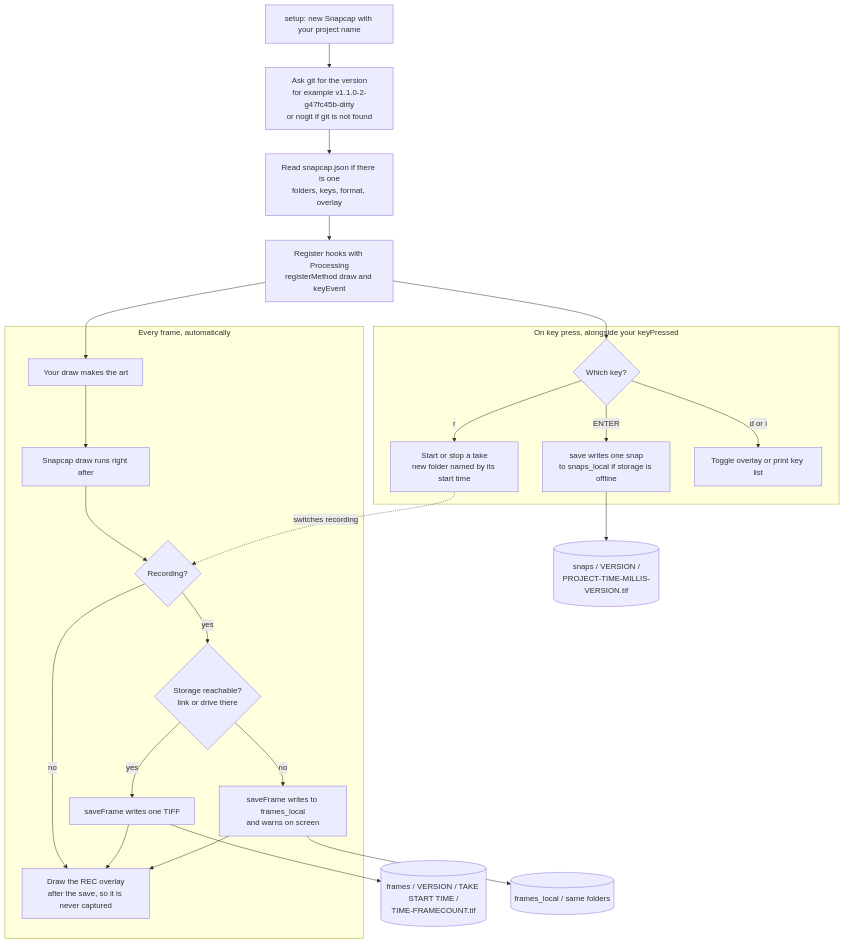
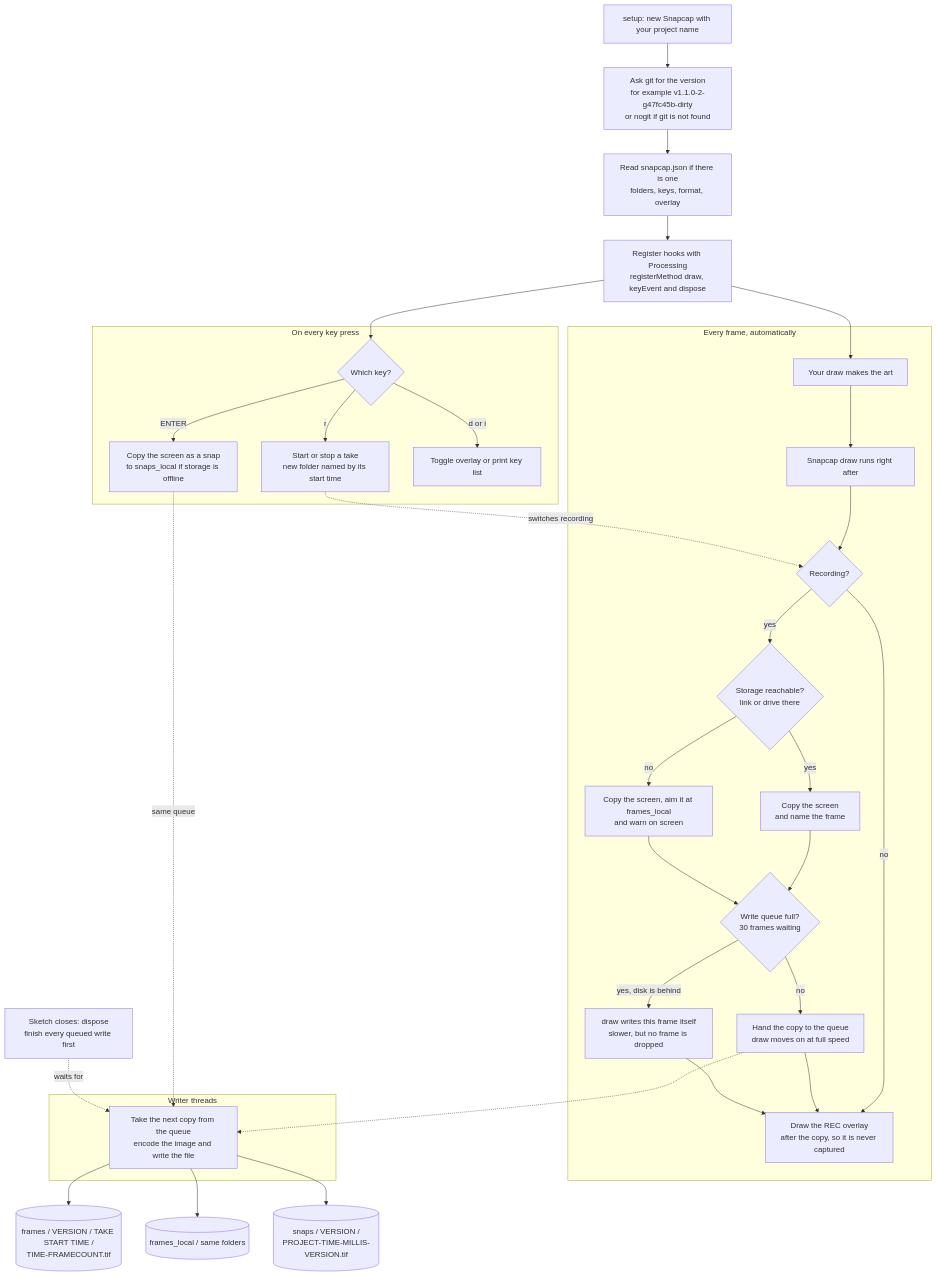
The diagram in docs/diagrams/how-it-works.mmd (jaycody/snapcap), drawn with Mermaid before and after one commit. The commit also changed 1 other file, not shown here.

Commit message:
Update how-it-works diagram for background frame writing
Frames and snaps are now copied in draw() and written by writer
threads, with draw() writing a frame itself only when the queue is
full, and dispose() finishing queued writes on exit.

```diff
--- a/docs/diagrams/how-it-works.mmd
+++ b/docs/diagrams/how-it-works.mmd
@@ -1,30 +1,43 @@
 flowchart TD
     A["setup: new Snapcap with your project name"] --> G["Ask git for the version<br/>for example v1.1.0-2-g47fc45b-dirty<br/>or nogit if git is not found"]
     G --> CF["Read snapcap.json if there is one<br/>folders, keys, format, overlay"]
-    CF --> R["Register hooks with Processing<br/>registerMethod draw and keyEvent"]
+    CF --> R["Register hooks with Processing<br/>registerMethod draw, keyEvent and dispose"]
 
     subgraph EVERY ["Every frame, automatically"]
         D1["Your draw makes the art"] --> D2["Snapcap draw runs right after"]
         D2 --> Q{"Recording?"}
         Q -->|yes| ST{"Storage reachable?<br/>link or drive there"}
-        ST -->|yes| SF["saveFrame writes one TIFF"]
-        ST -->|no| SL["saveFrame writes to frames_local<br/>and warns on screen"]
-        Q -->|no| OV["Draw the REC overlay<br/>after the save, so it is never captured"]
-        SF --> OV
-        SL --> OV
+        ST -->|yes| CP["Copy the screen<br/>and name the frame"]
+        ST -->|no| CL["Copy the screen, aim it at frames_local<br/>and warn on screen"]
+        CP --> QF{"Write queue full?<br/>30 frames waiting"}
+        CL --> QF
+        QF -->|no| EN["Hand the copy to the queue<br/>draw moves on at full speed"]
+        QF -->|"yes, disk is behind"| SELF["draw writes this frame itself<br/>slower, but no frame is dropped"]
+        Q -->|no| OV["Draw the REC overlay<br/>after the copy, so it is never captured"]
+        EN --> OV
+        SELF --> OV
     end
 
-    subgraph KEYS ["On key press, alongside your keyPressed"]
+    subgraph WRITERS ["Writer threads"]
+        W["Take the next copy from the queue<br/>encode the image and write the file"]
+    end
+
+    subgraph KEYS ["On every key press"]
         K{"Which key?"}
         K -->|r| T["Start or stop a take<br/>new folder named by its start time"]
-        K -->|ENTER| S["save writes one snap<br/>to snaps_local if storage is offline"]
+        K -->|ENTER| S["Copy the screen as a snap<br/>to snaps_local if storage is offline"]
         K -->|d or i| H["Toggle overlay or print key list"]
     end
+
+    X["Sketch closes: dispose<br/>finish every queued write first"]
 
     R --> D1
     R --> K
     T -.->|switches recording| Q
+    EN -.-> W
+    S -.->|same queue| W
+    X -.->|waits for| W
 
-    SF --> FR[("frames / VERSION / TAKE START TIME /<br/>TIME-FRAMECOUNT.tif")]
-    SL --> FL[("frames_local / same folders")]
-    S --> SN[("snaps / VERSION /<br/>PROJECT-TIME-MILLIS-VERSION.tif")]
+    W --> FR[("frames / VERSION / TAKE START TIME /<br/>TIME-FRAMECOUNT.tif")]
+    W --> FL[("frames_local / same folders")]
+    W --> SN[("snaps / VERSION /<br/>PROJECT-TIME-MILLIS-VERSION.tif")]
```
